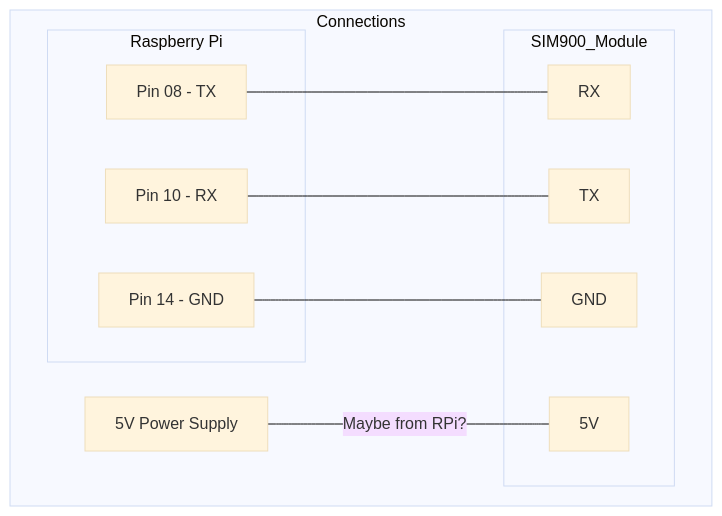
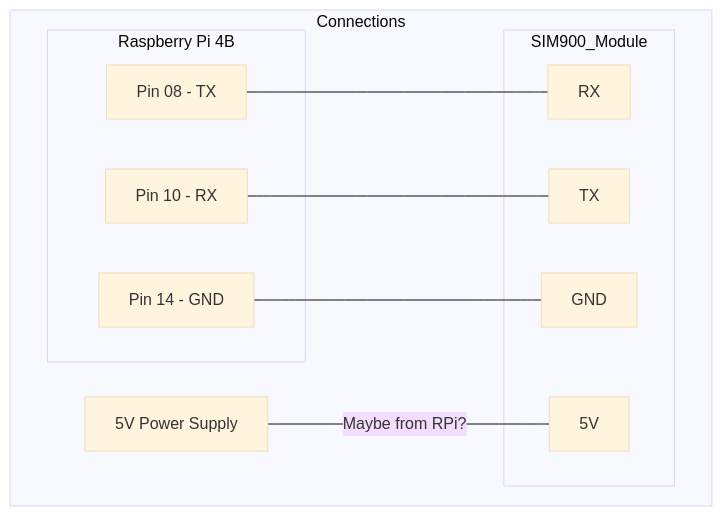
One commit to MaxPuig/Discord-over-Phone changed the second of 2 diagrams in README.MD. Above: the diagram before and after it, drawn with Mermaid (base theme). The commit also changed other lines of this file, not shown here.

````diff
--- a/README.MD
+++ b/README.MD
@@ -39,22 +39,22 @@
 ```mermaid
 flowchart TB
     subgraph Connections
-        subgraph Raspberry Pi
+        subgraph Raspberry Pi 4B
             ID08[Pin 08 - TX];
             ID10[Pin 10 - RX];
             IDGNDR[Pin 14 - GND];
         end
         subgraph SIM900_Module
             IDRX[RX];
             IDTX[TX];
             ID5V[5V];
             IDGNDS[GND];
         end
         DC[5V Power Supply];
     end
 
     ID08---IDRX;
     ID10---IDTX;
     IDGNDR---IDGNDS;
     DC--Maybe from RPi?---ID5V;
 ```
````
